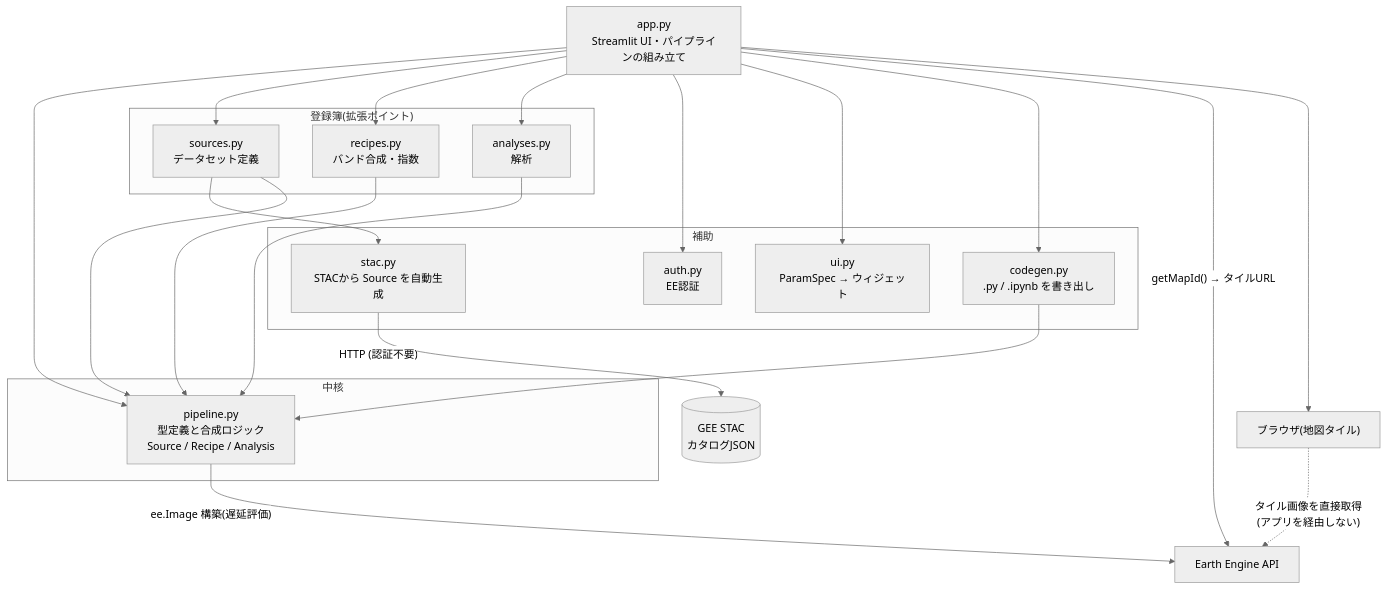
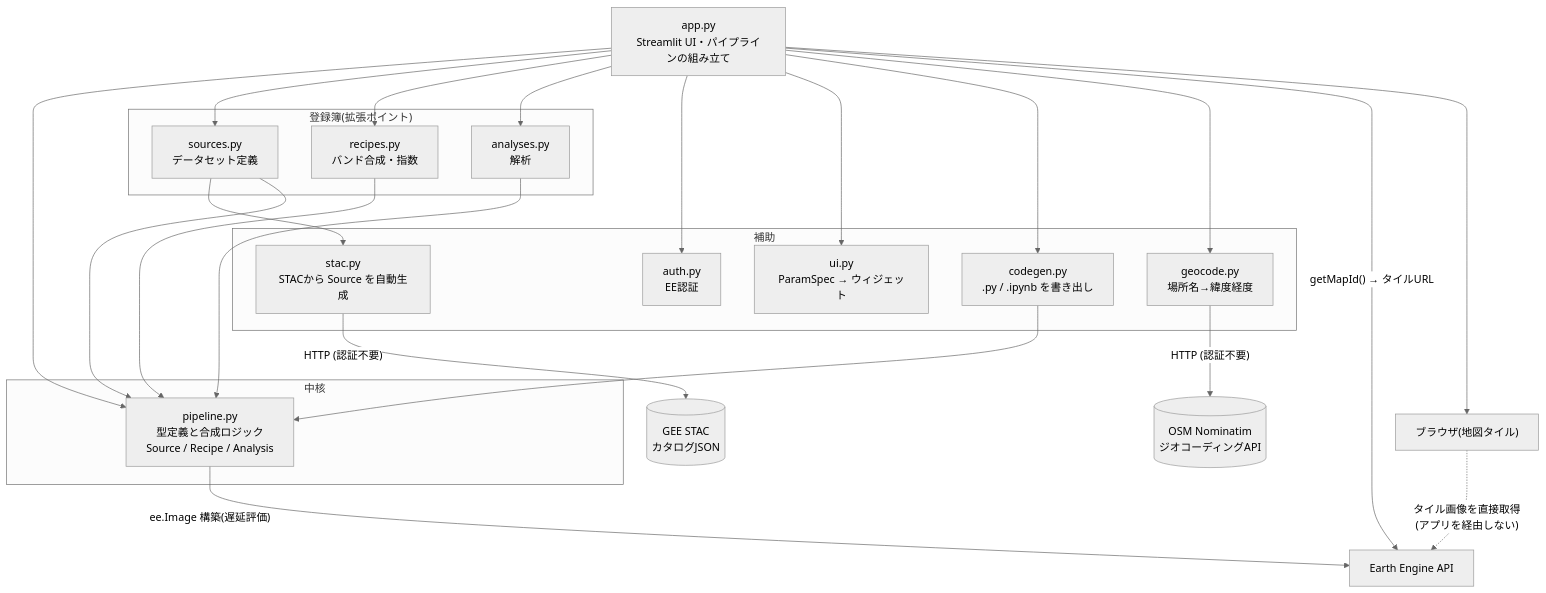
The second of 6 diagrams in docs/design.md (yoshida-shinnosuke/gee-viewer-fix), drawn with Mermaid (neutral theme) before and after one commit. The commit also changed other lines of this file and 5 other files, not shown here.

````diff
--- a/docs/design.md
+++ b/docs/design.md
@@ -46,36 +46,38 @@
 ```mermaid
 flowchart TB
     app["app.py<br/>Streamlit UI・パイプラインの組み立て"]
 
     subgraph 中核
         pipeline["pipeline.py<br/>型定義と合成ロジック<br/>Source / Recipe / Analysis"]
     end
 
     subgraph 登録簿 ["登録簿(拡張ポイント)"]
         sources["sources.py<br/>データセット定義"]
         recipes["recipes.py<br/>バンド合成・指数"]
         analyses["analyses.py<br/>解析"]
     end
 
     subgraph 補助
         auth["auth.py<br/>EE認証"]
         stac["stac.py<br/>STACから Source を自動生成"]
         uimod["ui.py<br/>ParamSpec → ウィジェット"]
         codegen["codegen.py<br/>.py / .ipynb を書き出し"]
+        geocode["geocode.py<br/>場所名→緯度経度"]
     end
 
     ee_api["Earth Engine API"]
     browser["ブラウザ(地図タイル)"]
 
     app --> pipeline
     app --> sources & recipes & analyses
-    app --> auth & uimod & codegen
+    app --> auth & uimod & codegen & geocode
     sources --> stac
     codegen --> pipeline
     sources & recipes & analyses --> pipeline
     stac -->|"HTTP (認証不要)"| stac_json[("GEE STAC<br/>カタログJSON")]
+    geocode -->|"HTTP (認証不要)"| nominatim[("OSM Nominatim<br/>ジオコーディングAPI")]
     pipeline -->|"ee.Image 構築(遅延評価)"| ee_api
     app -->|"getMapId() → タイルURL"| ee_api
     app --> browser
     browser -.->|"タイル画像を直接取得<br/>(アプリを経由しない)"| ee_api
 ```
````
